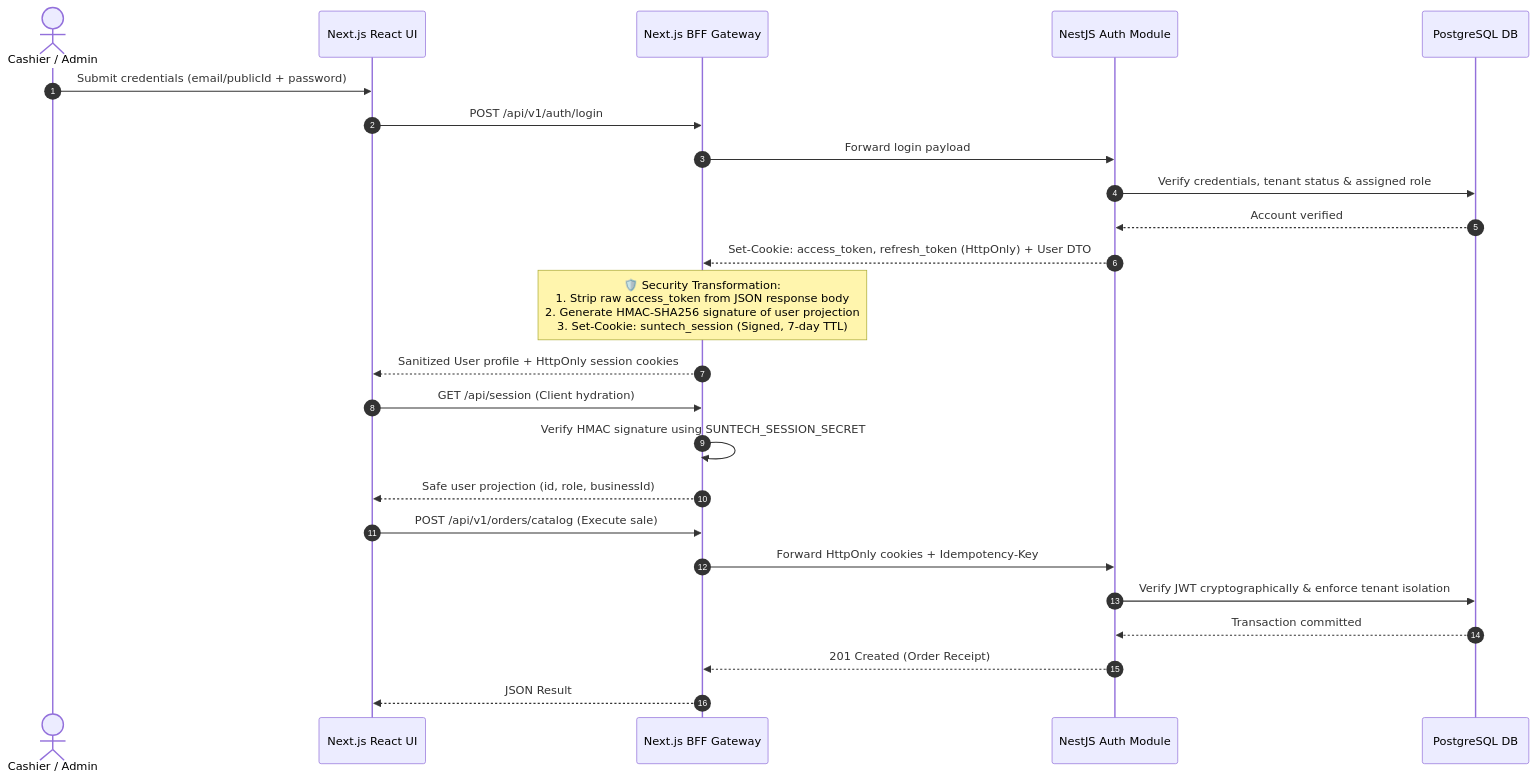
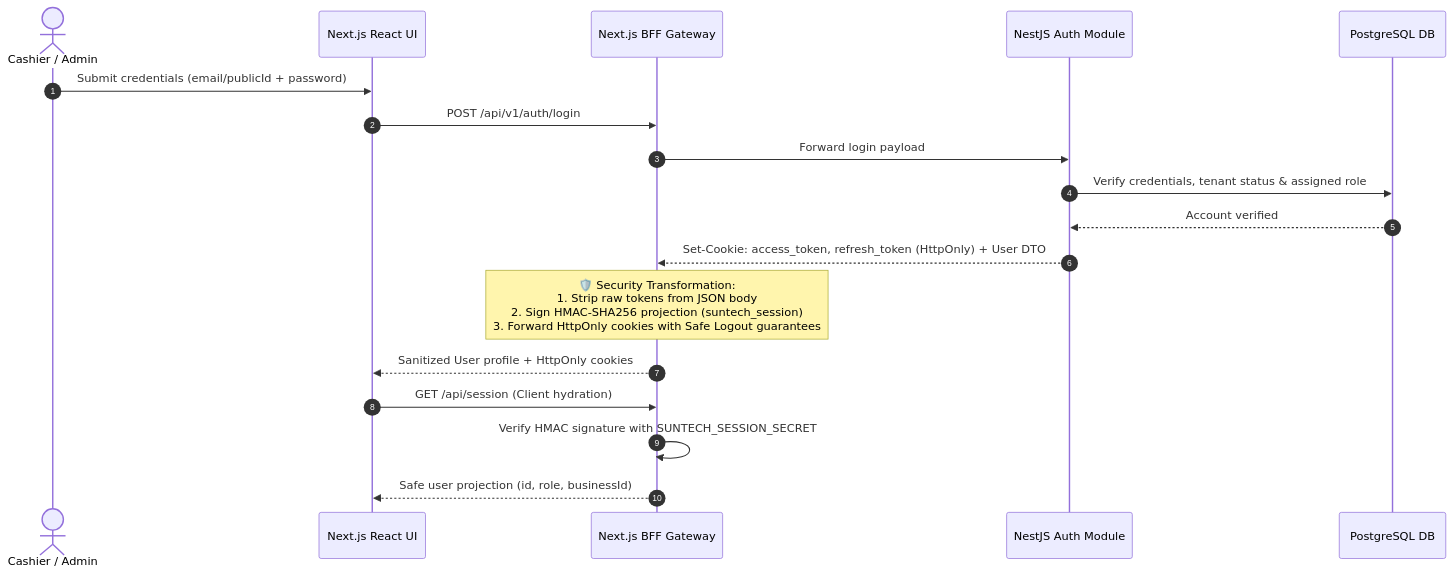
The fourth of 6 diagrams in README.md (ZxAYED/suntech-pos-frontendw), drawn with Mermaid before and after one commit. The commit also changed other lines of this file and 147 other files, not shown here.

````diff
--- a/README.md
+++ b/README.md
@@ -147,30 +204,23 @@
 ```mermaid
 sequenceDiagram
   autonumber
   actor Cashier as Cashier / Admin
   participant UI as Next.js React UI
   participant BFF as Next.js BFF Gateway
   participant Nest as NestJS Auth Module
   participant DB as PostgreSQL DB
 
   Cashier->>UI: Submit credentials (email/publicId + password)
   UI->>BFF: POST /api/v1/auth/login
   BFF->>Nest: Forward login payload
   Nest->>DB: Verify credentials, tenant status & assigned role
   DB-->>Nest: Account verified
   Nest-->>BFF: Set-Cookie: access_token, refresh_token (HttpOnly) + User DTO
-  
-  Note over BFF: 🛡️ Security Transformation:<br/>1. Strip raw access_token from JSON response body<br/>2. Generate HMAC-SHA256 signature of user projection<br/>3. Set-Cookie: suntech_session (Signed, 7-day TTL)
-  
-  BFF-->>UI: Sanitized User profile + HttpOnly session cookies
+
+  Note over BFF: 🛡️ Security Transformation:<br/>1. Strip raw tokens from JSON body<br/>2. Sign HMAC-SHA256 projection (suntech_session)<br/>3. Forward HttpOnly cookies with Safe Logout guarantees
+
+  BFF-->>UI: Sanitized User profile + HttpOnly cookies
   UI->>BFF: GET /api/session (Client hydration)
-  BFF->>BFF: Verify HMAC signature using SUNTECH_SESSION_SECRET
+  BFF->>BFF: Verify HMAC signature with SUNTECH_SESSION_SECRET
   BFF-->>UI: Safe user projection (id, role, businessId)
-  
-  UI->>BFF: POST /api/v1/orders/catalog (Execute sale)
-  BFF->>Nest: Forward HttpOnly cookies + Idempotency-Key
-  Nest->>DB: Verify JWT cryptographically & enforce tenant isolation
-  DB-->>Nest: Transaction committed
-  Nest-->>BFF: 201 Created (Order Receipt)
-  BFF-->>UI: JSON Result
 ```
````
